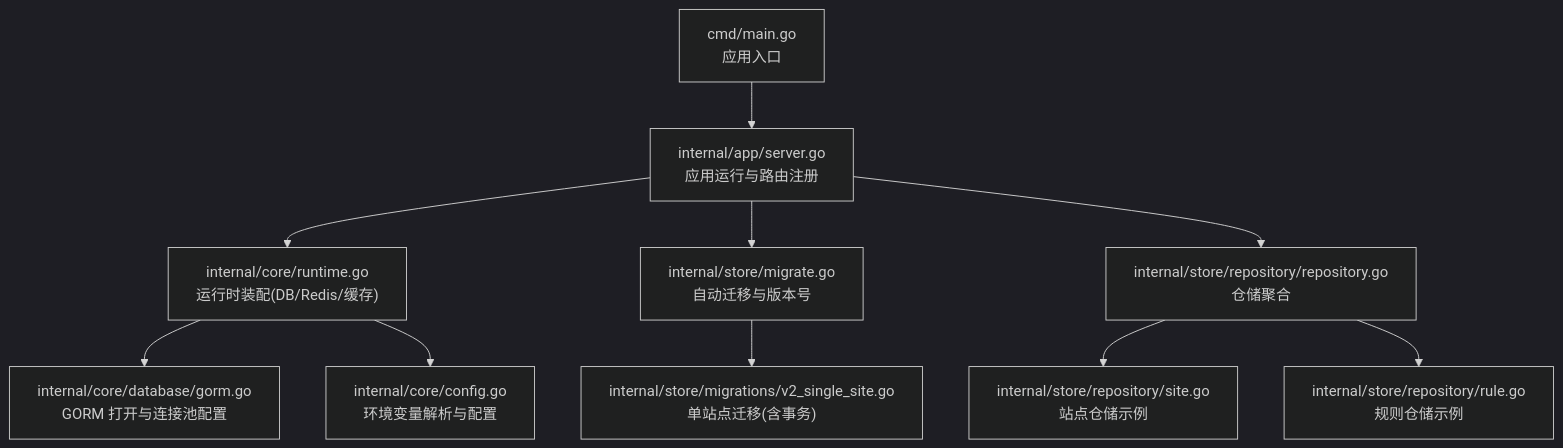
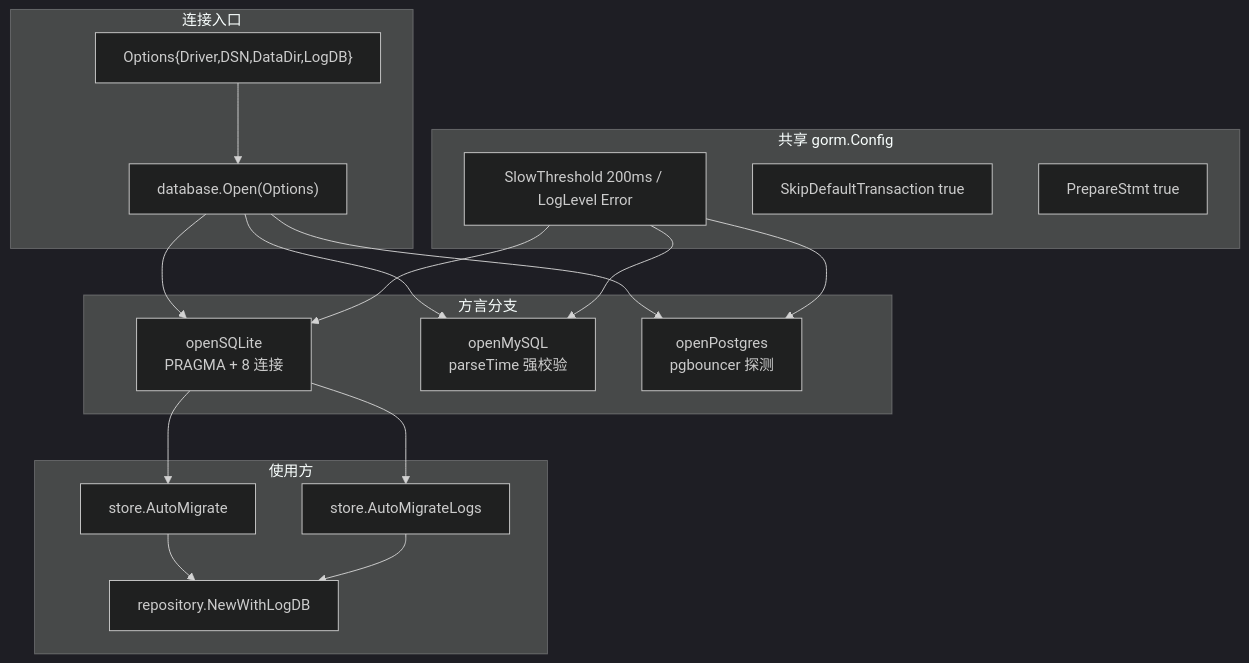
The first of 4 diagrams in docs/数据存储层/GORM 配置与使用.md (x01n/My-OpenWaf), drawn with Mermaid (dark theme) before and after one commit. The commit also changed other lines of this file and 622 other files, not shown here.

````diff
--- a/docs/数据存储层/GORM 配置与使用.md
+++ b/docs/数据存储层/GORM 配置与使用.md
@@ -41,12 +82,33 @@
 ```mermaid
-graph TB
-A["cmd/main.go<br/>应用入口"] --> B["internal/app/server.go<br/>应用运行与路由注册"]
-B --> C["internal/core/runtime.go<br/>运行时装配(DB/Redis/缓存)"]
-C --> D["internal/core/database/gorm.go<br/>GORM 打开与连接池配置"]
-C --> E["internal/core/config.go<br/>环境变量解析与配置"]
-B --> F["internal/store/migrate.go<br/>自动迁移与版本号"]
-F --> G["internal/store/migrations/v2_single_site.go<br/>单站点迁移(含事务)"]
-B --> H["internal/store/repository/repository.go<br/>仓储聚合"]
-H --> I["internal/store/repository/site.go<br/>站点仓储示例"]
-H --> J["internal/store/repository/rule.go<br/>规则仓储示例"]
+flowchart TB
+subgraph ENTRY["连接入口"]
+OPEN["database.Open(Options)"]
+OPT["Options{Driver,DSN,DataDir,LogDB}"]
+end
+subgraph BRANCH["方言分支"]
+SQ["openSQLite<br/>PRAGMA + 8 连接"]
+MY["openMySQL<br/>parseTime 强校验"]
+PG["openPostgres<br/>pgbouncer 探测"]
+end
+subgraph CONN["共享 gorm.Config"]
+CFG["SlowThreshold 200ms / LogLevel Error"]
+SKIP["SkipDefaultTransaction true"]
+PREP["PrepareStmt true"]
+end
+subgraph USE["使用方"]
+MIG["store.AutoMigrate"]
+LOGMIG["store.AutoMigrateLogs"]
+REPO["repository.NewWithLogDB"]
+end
+OPT --> OPEN
+OPEN --> SQ
+OPEN --> MY
+OPEN --> PG
+CFG --> SQ
+CFG --> MY
+CFG --> PG
+SQ --> MIG
+SQ --> LOGMIG
+MIG --> REPO
+LOGMIG --> REPO
 ```
````
